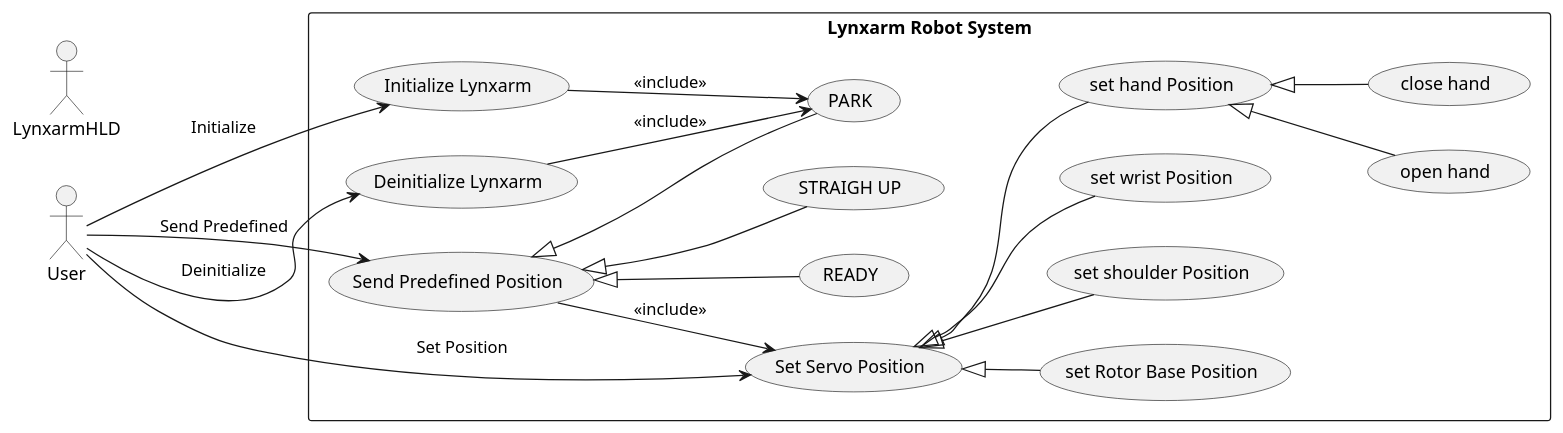
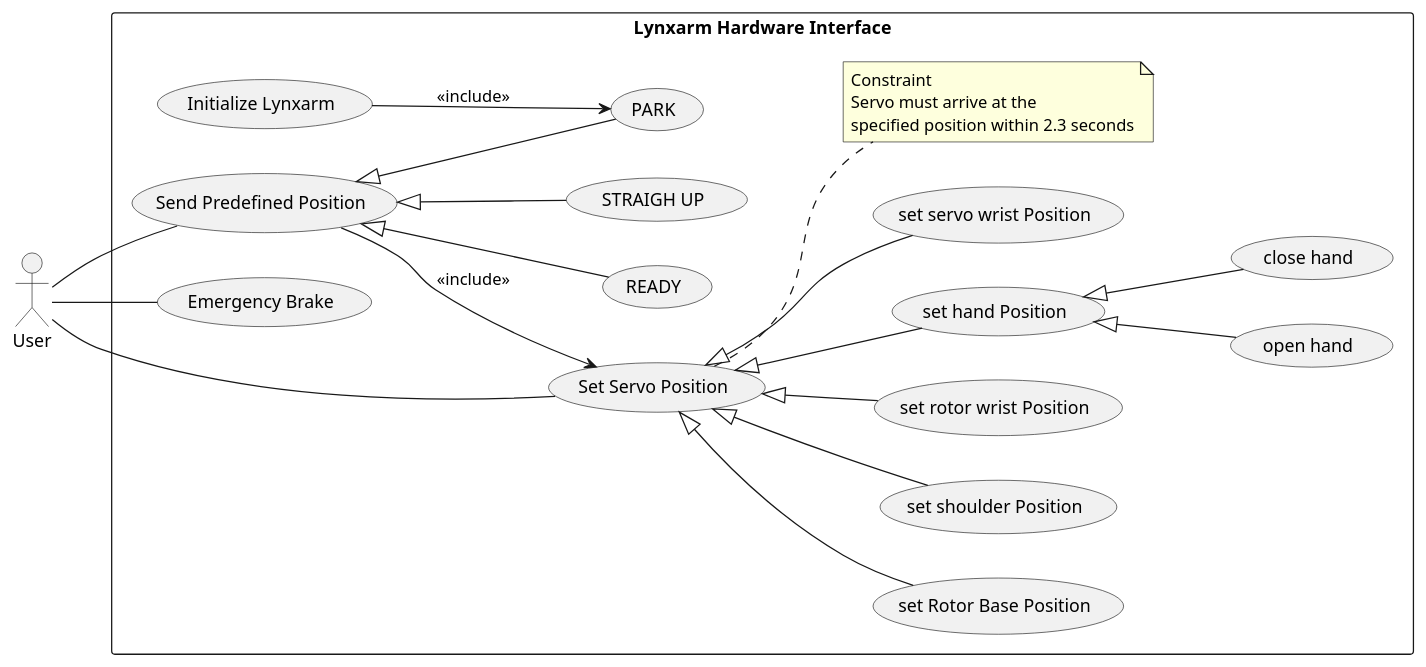
Before and after one commit to Zekrimo/LynxMotion_Hardware_Interface: the diagram in UML/useCaseDiagram.plantuml, drawn with PlantUML. The commit also changed 168 other files, not shown here.

```diff
--- a/UML/useCaseDiagram.plantuml
+++ b/UML/useCaseDiagram.plantuml
@@ -1,55 +1,60 @@
 @startuml
 
 left to right direction
 
 actor User as U
-actor LynxarmHLD as L
 
-rectangle "Lynxarm Robot System" {
+rectangle "Lynxarm Hardware Interface" {
   usecase "Initialize Lynxarm" as UC1
   usecase "Set Servo Position" as UC2
   usecase "Send Predefined Position" as UC3
-  usecase "Deinitialize Lynxarm" as UC4
   usecase "set Rotor Base Position" as UC5
   usecase "set shoulder Position" as UC6
-  usecase "set wrist Position" as UC7
+  usecase "set rotor wrist Position" as UC7
   usecase "set hand Position" as UC8
   usecase "open hand" as UC9
   usecase "close hand" as UC10
   usecase "PARK" as UC11
   usecase "READY" as UC12
   usecase "STRAIGH UP" as UC13
+  usecase "set servo wrist Position" as UC14
+  usecase "Emergency Brake" as UC15
 
 
-  U --> UC1: Initialize 
-  U --> UC4: Deinitialize
-  U --> UC2: Set Position
-  U --> UC3: Send Predefined
+
+  U -- UC2
+  U -- UC3
+  U -- UC15
 
 
 
 '   UC1 --> L
 '   UC2 --> L
 '   UC3 --> L
 '   UC4 --> L
 
-  UC4 --> UC11: <<include>>
-  UC3 --> UC2: <<include>>
   UC1 --> UC11: <<include>>
+
+  UC3 --> UC2:  <<include>>
+
+  
 
     UC2 <|-- UC5
     UC2 <|-- UC6
     UC2 <|-- UC7
     UC2 <|-- UC8
+    UC2 <|-- UC14
 
     UC8 <|-- UC9
     UC8 <|-- UC10
 
     UC3 <|-- UC11
     UC3 <|-- UC12
     UC3 <|-- UC13
-
+note right of UC2 : Constraint\nServo must arrive at the\nspecified position within 2.3 seconds
 
 }
 
+
+
 @enduml
```
